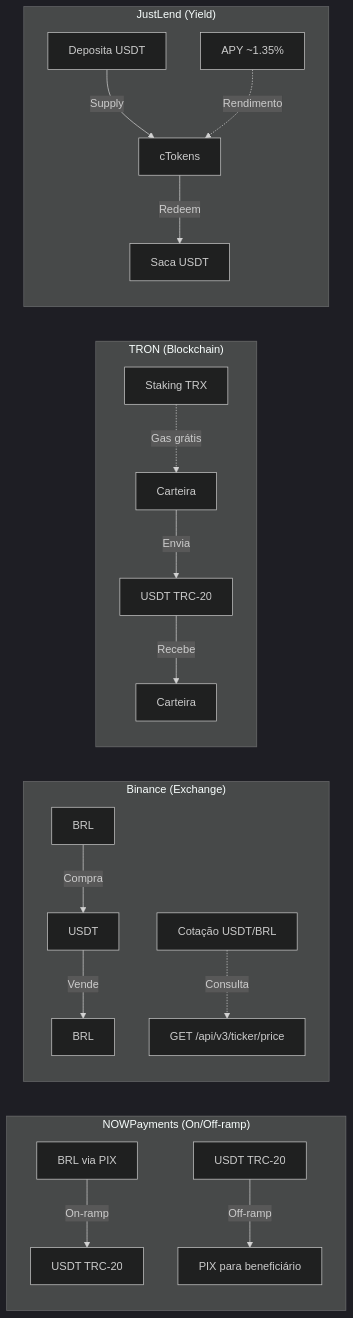
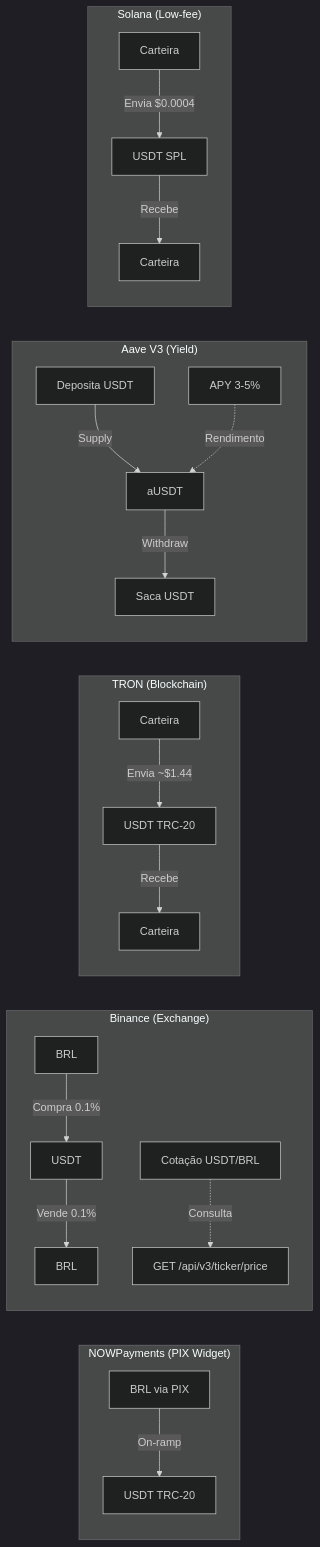
Before and after one commit to GabrielHR0/clareo-api: the second of 6 diagrams in doc/16-DIAGRAMAS.md, drawn with Mermaid (dark theme). The commit also changed other lines of this file and 18 other files, not shown here.

````diff
--- a/doc/16-DIAGRAMAS.md
+++ b/doc/16-DIAGRAMAS.md
@@ -48,25 +50,28 @@
 ```mermaid
 graph LR
-    subgraph "NOWPayments (On/Off-ramp)"
+    subgraph "NOWPayments (PIX Widget)"
         N1[BRL via PIX] -->|On-ramp| N2[USDT TRC-20]
-        N3[USDT TRC-20] -->|Off-ramp| N4[PIX para beneficiário]
     end
 
     subgraph "Binance (Exchange)"
-        B1[BRL] -->|Compra| B2[USDT]
-        B2 -->|Vende| B3[BRL]
+        B1[BRL] -->|Compra 0.1%| B2[USDT]
+        B2 -->|Vende 0.1%| B3[BRL]
         B4[Cotação USDT/BRL] -.->|Consulta| B5[GET /api/v3/ticker/price]
     end
 
     subgraph "TRON (Blockchain)"
-        T1[Carteira] -->|Envia| T2[USDT TRC-20]
+        T1[Carteira] -->|Envia ~$1.44| T2[USDT TRC-20]
         T2 -->|Recebe| T3[Carteira]
-        T4[Staking TRX] -.->|Gas grátis| T1
     end
 
-    subgraph "JustLend (Yield)"
-        J1[Deposita USDT] -->|Supply| J2[cTokens]
-        J2 -->|Redeem| J3[Saca USDT]
-        J4[APY ~1.35%] -.->|Rendimento| J2
+    subgraph "Aave V3 (Yield)"
+        J1[Deposita USDT] -->|Supply| J2[aUSDT]
+        J2 -->|Withdraw| J3[Saca USDT]
+        J4[APY 3-5%] -.->|Rendimento| J2
+    end
+
+    subgraph "Solana (Low-fee)"
+        S1[Carteira] -->|Envia $0.0004| S2[USDT SPL]
+        S2 -->|Recebe| S3[Carteira]
     end
 ```
````
